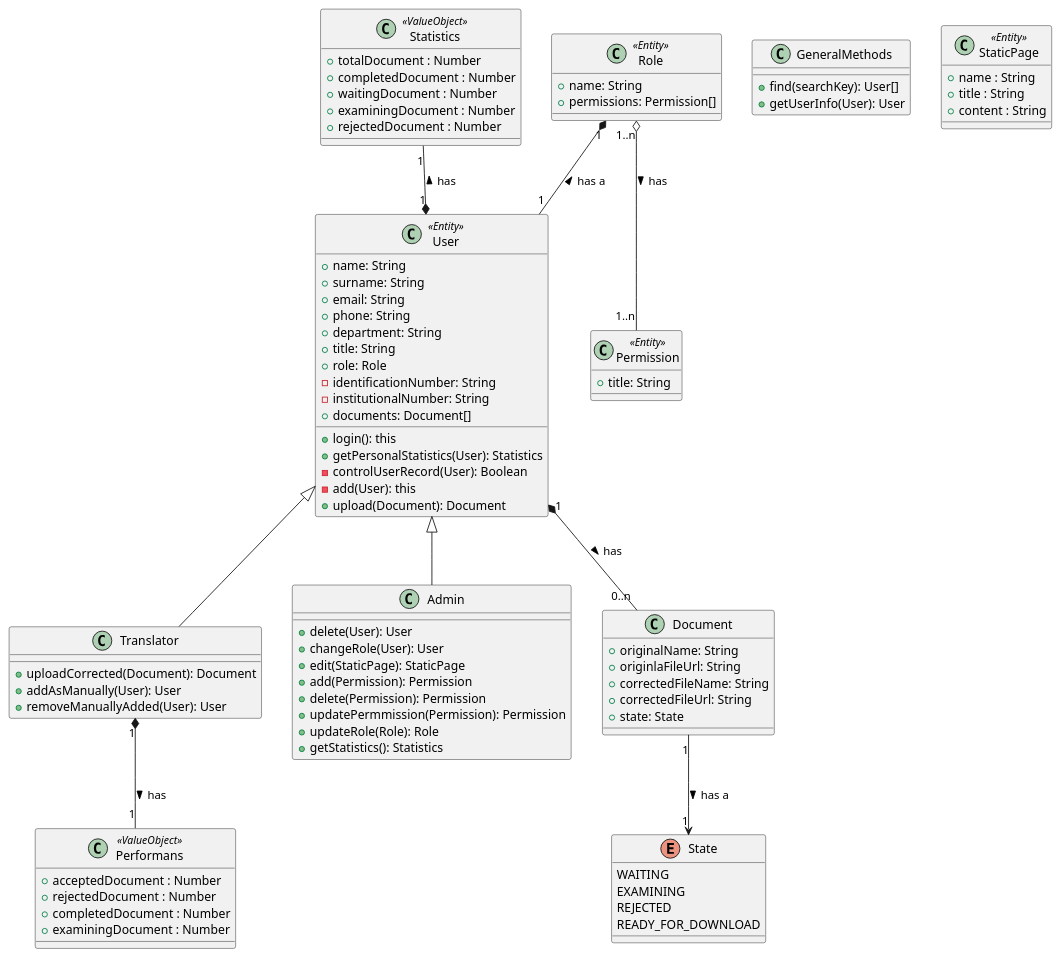
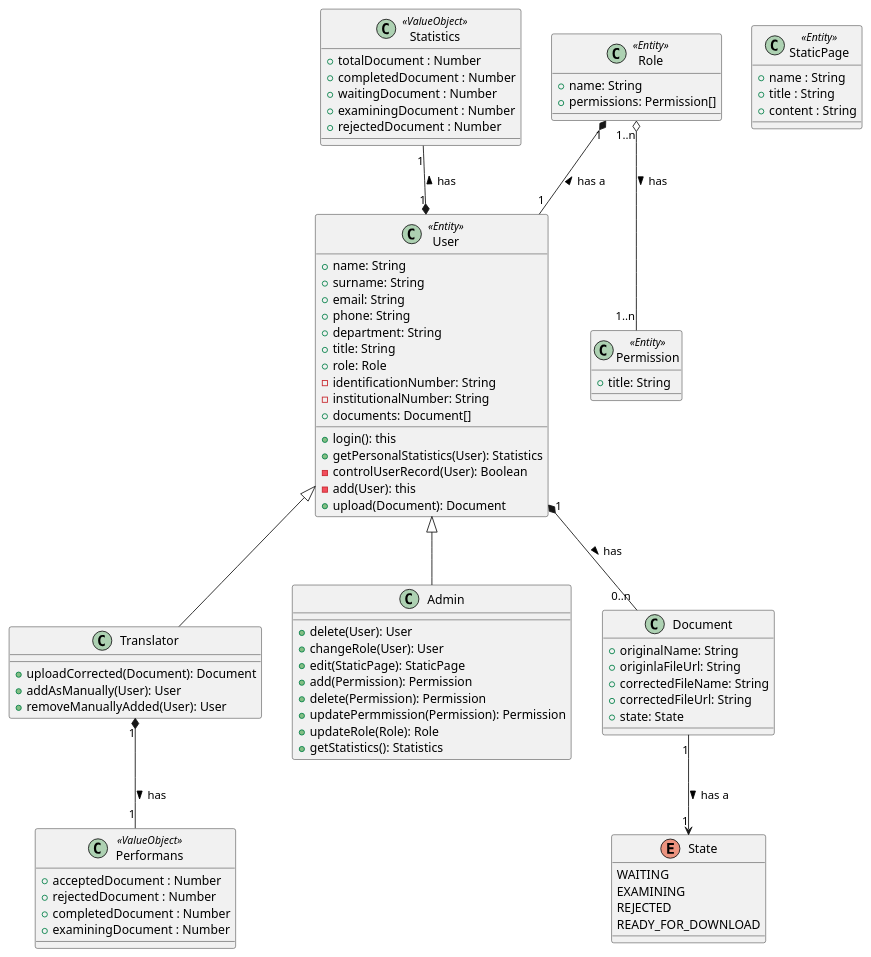
Before and after one commit to uygaraydin/academic-paper-proofreading: the diagram in class-diagram.puml, drawn with PlantUML. The commit also changed 1 other file, not shown here.

Commit message:
general-methods.js was deleted

```diff
--- a/class-diagram.puml
+++ b/class-diagram.puml
@@ -1,99 +1,94 @@
 @startuml APP
-
-class GeneralMethods {
-  + find(searchKey): User[]
-  + getUserInfo(User): User
-}
 
 class User <<Entity>> {
   + name: String
   + surname: String
   + email: String
   + phone: String
   + department: String
   + title: String
   + role: Role
   - identificationNumber: String
   - institutionalNumber: String
   + documents: Document[]
   + login(): this
   + getPersonalStatistics(User): Statistics
   - controlUserRecord(User): Boolean
   - add(User): this
   + upload(Document): Document
 }
 
 class Translator {
   + uploadCorrected(Document): Document
   + addAsManually(User): User
   + removeManuallyAdded(User): User
 }
 
 class Admin {
   + delete(User): User
   + changeRole(User): User
   + edit(StaticPage): StaticPage
   + add(Permission): Permission
   + delete(Permission): Permission
   + updatePermmission(Permission): Permission
   + updateRole(Role): Role
   + getStatistics(): Statistics
 }
 
 class Statistics <<ValueObject>> {
   + totalDocument : Number
   + completedDocument : Number
   + waitingDocument : Number
   + examiningDocument : Number
   + rejectedDocument : Number
 }
 
 class Performans <<ValueObject>> {
   + acceptedDocument : Number
   + rejectedDocument : Number
   + completedDocument : Number
   + examiningDocument : Number
 }
 
 class StaticPage <<Entity>> {
   + name : String
   + title : String
   + content : String
 }
 
 class Document {
   + originalName: String
   + originlaFileUrl: String
   + correctedFileName: String
   + correctedFileUrl: String
   + state: State
 }
 
 class Role <<Entity>> {
   + name: String
   + permissions: Permission[]
 }
 
 class Permission <<Entity>> {
   + title: String
 }
 
 enum State {
   WAITING
   EXAMINING
   REJECTED
   READY_FOR_DOWNLOAD
 }
 
 
 Translator -up-|> User
 Admin -up-|> User
 User "1" *-- "0..n" Document : has >
 Document "1" --> "1" State : has a >
 Role "1" *-- "1" User : has a <
 Role "1..n" o-- "1..n" Permission : has >
 User "1" *-up- "1" Statistics : has >
 Translator "1" *-- "1" Performans : has >
 
 
 @enduml
```
